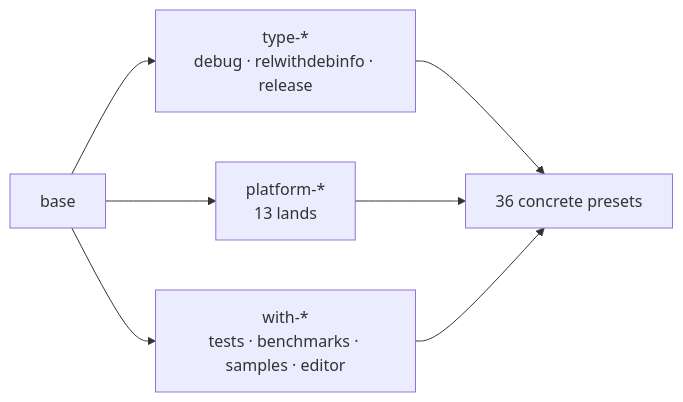
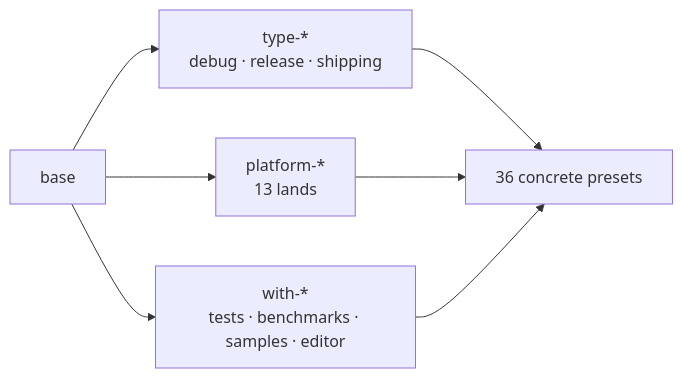
One commit to ToymanInteractive/toygine2-website changed the diagram in blog/2026-08-03-day-1-fifteen-shores/index.md. Above: the diagram before and after it, drawn with Mermaid. The commit also changed other lines of this file and 1 other file, not shown here.

````diff
--- a/blog/2026-08-03-day-1-fifteen-shores/index.md
+++ b/blog/2026-08-03-day-1-fifteen-shores/index.md
@@ -55,9 +55,9 @@
 ```mermaid
 graph LR
-  B[base] --> T[type-*<br/>debug · relwithdebinfo · release]
+  B[base] --> T[type-*<br/>debug · release · shipping]
   B --> P[platform-*<br/>13 lands]
   B --> W[with-*<br/>tests · benchmarks · samples · editor]
   T --> C[36 concrete presets]
   P --> C
   W --> C
 ```
````
